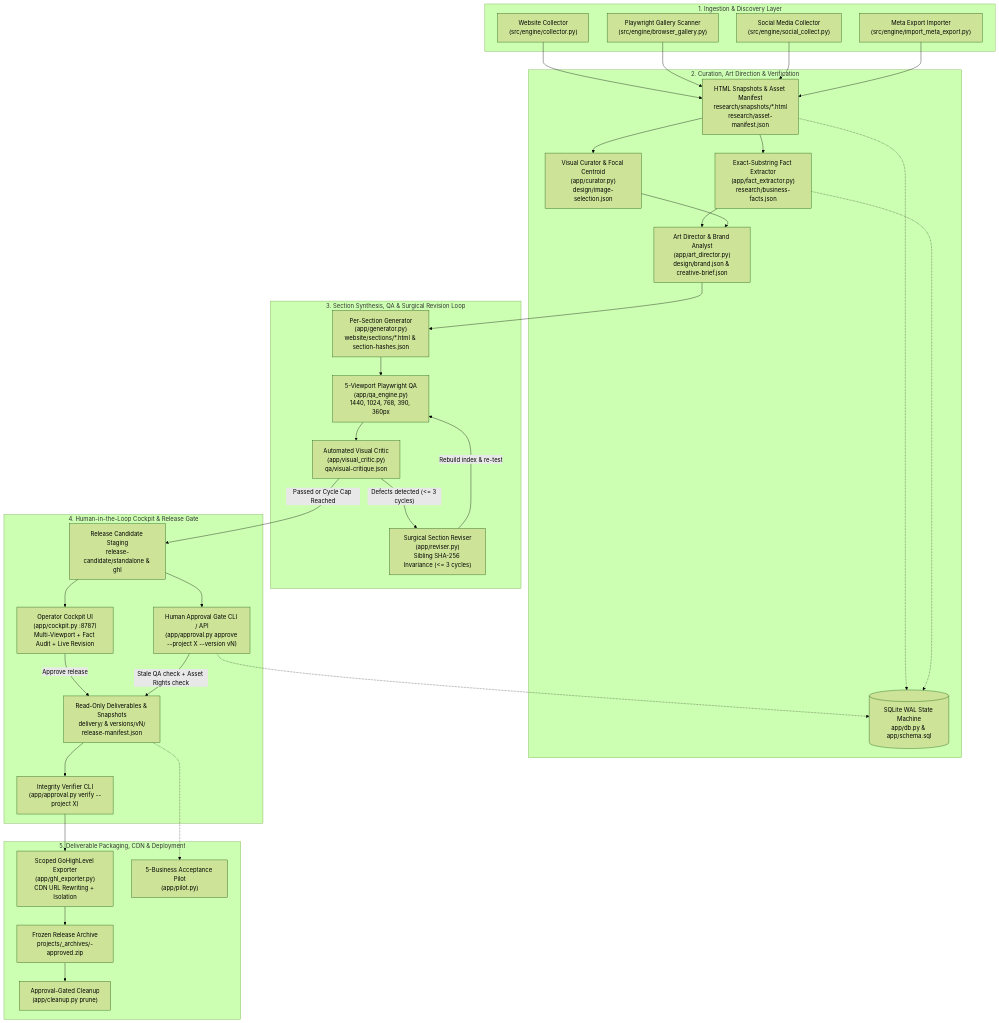
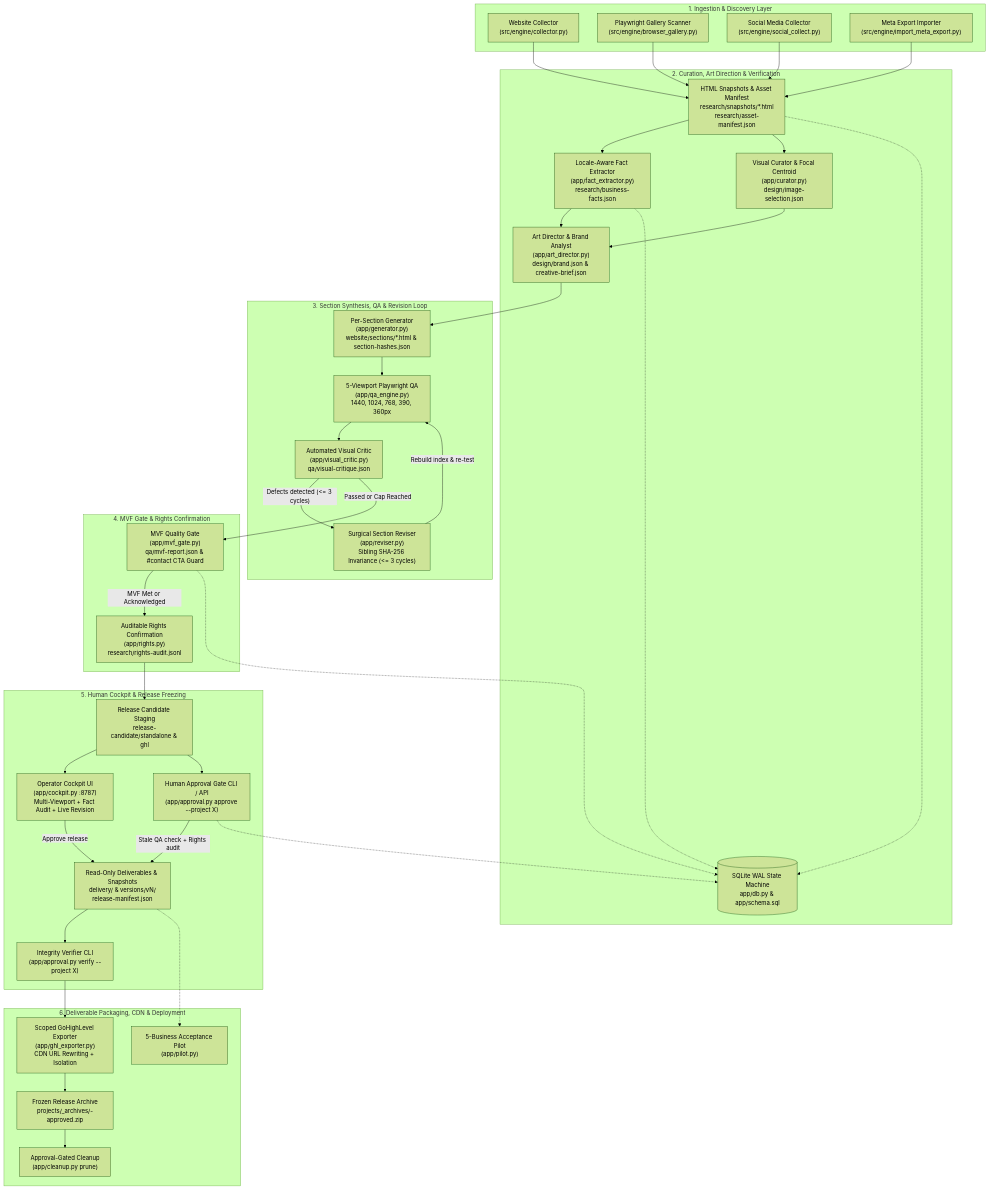
Before and after one commit to rashidtesting8-ops/pet-gromming-agent-factory: the first of 3 diagrams in README.md, drawn with Mermaid (forest theme). The commit also changed other lines of this file, not shown here.

Commit message:
docs: update README with MVF gate, rights workflow, and golden benchmarks

````diff
--- a/README.md
+++ b/README.md
@@ -94,67 +104,75 @@
 ```mermaid
 flowchart TB
     subgraph Intake["1. Ingestion & Discovery Layer"]
         WC["Website Collector<br/>(src/engine/collector.py)"]
         BG["Playwright Gallery Scanner<br/>(src/engine/browser_gallery.py)"]
         SC["Social Media Collector<br/>(src/engine/social_collect.py)"]
         ME["Meta Export Importer<br/>(src/engine/import_meta_export.py)"]
     end
 
     subgraph Intelligence["2. Curation, Art Direction & Verification"]
         SNAP["HTML Snapshots & Asset Manifest<br/>research/snapshots/*.html<br/>research/asset-manifest.json"]
-        FE["Exact-Substring Fact Extractor<br/>(app/fact_extractor.py)<br/>research/business-facts.json"]
+        FE["Locale-Aware Fact Extractor<br/>(app/fact_extractor.py)<br/>research/business-facts.json"]
         CUR["Visual Curator & Focal Centroid<br/>(app/curator.py)<br/>design/image-selection.json"]
         ART["Art Director & Brand Analyst<br/>(app/art_director.py)<br/>design/brand.json & creative-brief.json"]
         DB[("SQLite WAL State Machine<br/>app/db.py & app/schema.sql")]
     end
 
-    subgraph Synthesis["3. Section Synthesis, QA & Surgical Revision Loop"]
+    subgraph Synthesis["3. Section Synthesis, QA & Revision Loop"]
         GEN["Per-Section Generator<br/>(app/generator.py)<br/>website/sections/*.html & section-hashes.json"]
         QA["5-Viewport Playwright QA<br/>(app/qa_engine.py)<br/>1440, 1024, 768, 390, 360px"]
         VC["Automated Visual Critic<br/>(app/visual_critic.py)<br/>qa/visual-critique.json"]
         REV["Surgical Section Reviser<br/>(app/reviser.py)<br/>Sibling SHA-256 Invariance (<= 3 cycles)"]
     end
 
-    subgraph HumanReview["4. Human-in-the-Loop Cockpit & Release Gate"]
+    subgraph QualityGate["4. MVF Gate & Rights Confirmation"]
+        MVF["MVF Quality Gate<br/>(app/mvf_gate.py)<br/>qa/mvf-report.json & #contact CTA Guard"]
+        RIGHTS["Auditable Rights Confirmation<br/>(app/rights.py)<br/>research/rights-audit.jsonl"]
+    end
+
+    subgraph HumanReview["5. Human Cockpit & Release Freezing"]
         RC["Release Candidate Staging<br/>release-candidate/standalone & ghl"]
         UI["Operator Cockpit UI<br/>(app/cockpit.py :8787)<br/>Multi-Viewport + Fact Audit + Live Revision"]
-        APP["Human Approval Gate CLI / API<br/>(app/approval.py approve --project X --version vN)"]
+        APP["Human Approval Gate CLI / API<br/>(app/approval.py approve --project X)"]
         VER["Integrity Verifier CLI<br/>(app/approval.py verify --project X)"]
         DELIV["Read-Only Deliverables & Snapshots<br/>delivery/ & versions/vN/<br/>release-manifest.json"]
     end
 
-    subgraph Packaging["5. Deliverable Packaging, CDN & Deployment"]
+    subgraph Packaging["6. Deliverable Packaging, CDN & Deployment"]
         EXP["Scoped GoHighLevel Exporter<br/>(app/ghl_exporter.py)<br/>CDN URL Rewriting + Isolation"]
         ZIP["Frozen Release Archive<br/>projects/_archives/<id>-approved.zip"]
         PRN["Approval-Gated Cleanup<br/>(app/cleanup.py prune)"]
         PILOT["5-Business Acceptance Pilot<br/>(app/pilot.py)"]
     end
 
     WC --> SNAP
     BG --> SNAP
     SC --> SNAP
     ME --> SNAP
     SNAP --> FE
     SNAP --> CUR
     FE --> ART
     CUR --> ART
     ART --> GEN
     GEN --> QA
     QA --> VC
     VC -- "Defects detected (<= 3 cycles)" --> REV
     REV -- "Rebuild index & re-test" --> QA
-    VC -- "Passed or Cycle Cap Reached" --> RC
+    VC -- "Passed or Cap Reached" --> MVF
+    MVF -- "MVF Met or Acknowledged" --> RIGHTS
+    RIGHTS --> RC
     RC --> UI
     RC --> APP
     UI -- "Approve release" --> DELIV
-    APP -- "Stale QA check + Asset Rights check" --> DELIV
+    APP -- "Stale QA check + Rights audit" --> DELIV
     DELIV --> VER
     VER --> EXP
     EXP --> ZIP
     ZIP --> PRN
     DELIV -.-> PILOT
 
     SNAP -.-> DB
     FE -.-> DB
+    MVF -.-> DB
     APP -.-> DB
 ```
````
